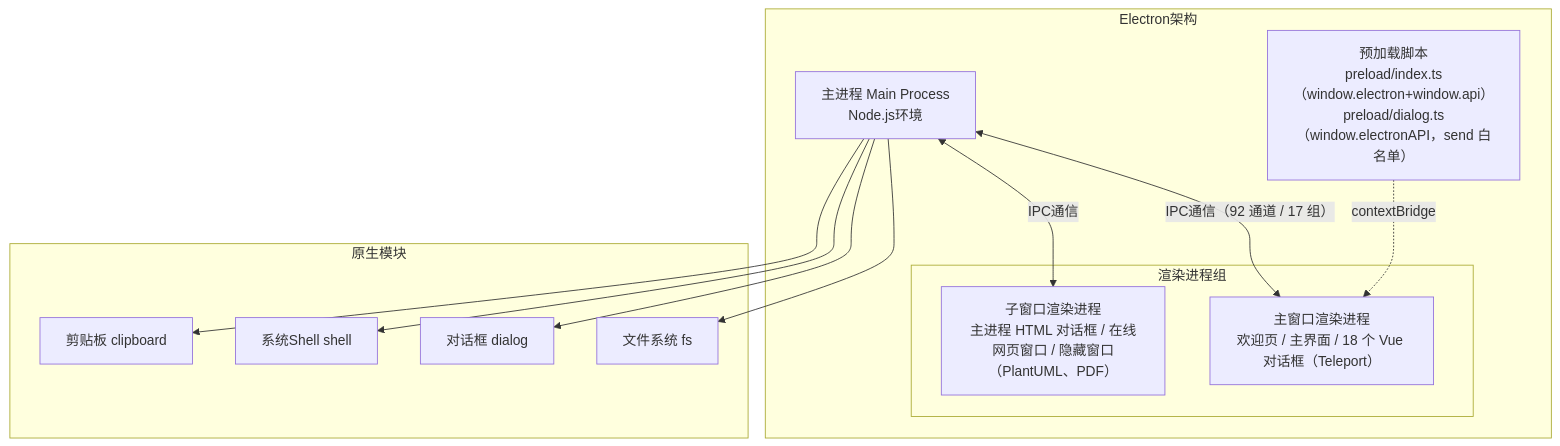
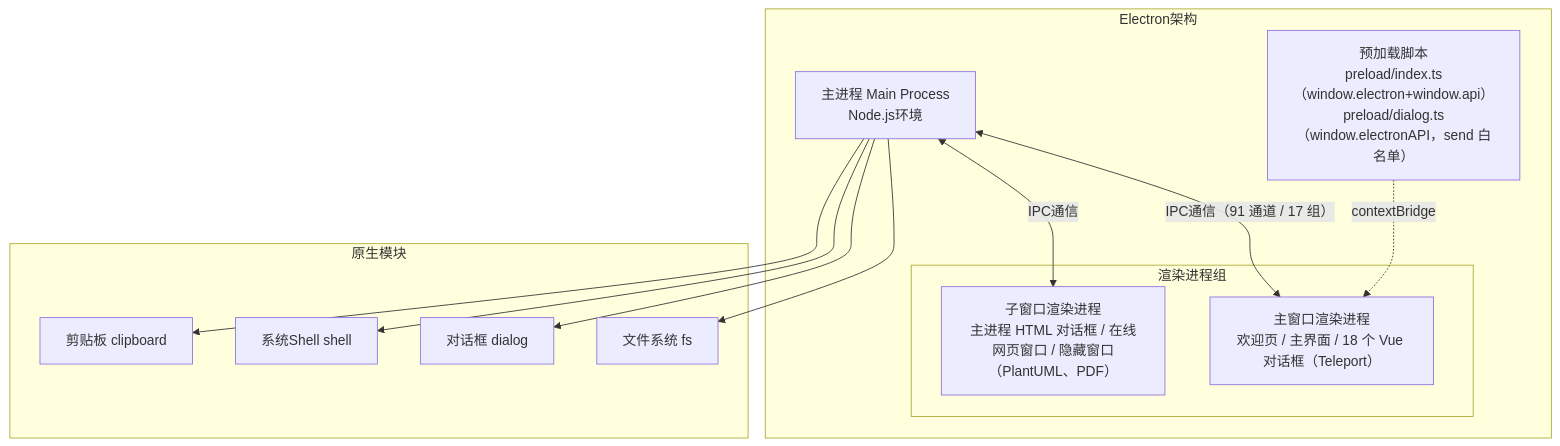
Before and after one commit to hemy08/BaiZeNotesByVue: the sixth of 34 diagrams in docs/wiki/02-设计与架构/架构文档.md, drawn with Mermaid. The commit also changed other lines of this file and 15 other files, not shown here.

````diff
--- a/docs/wiki/02-设计与架构/架构文档.md
+++ b/docs/wiki/02-设计与架构/架构文档.md
@@ -336,29 +336,29 @@
 ```mermaid
 graph TB
     subgraph Electron架构
         MAIN[主进程 Main Process<br/>Node.js环境]
         
         subgraph 渲染进程组
             RENDERER[主窗口渲染进程<br/>欢迎页 / 主界面 / 18 个 Vue 对话框（Teleport）]
             RENDERER2[子窗口渲染进程<br/>主进程 HTML 对话框 / 在线网页窗口 / 隐藏窗口（PlantUML、PDF）]
         end
         
         PRELOAD[预加载脚本<br/>preload/index.ts（window.electron+window.api）<br/>preload/dialog.ts（window.electronAPI，send 白名单）]
         
-        MAIN <-->|IPC通信（92 通道 / 17 组）| RENDERER
+        MAIN <-->|IPC通信（91 通道 / 17 组）| RENDERER
         MAIN <-->|IPC通信| RENDERER2
         PRELOAD -.->|contextBridge| RENDERER
     end
     
     subgraph 原生模块
         FS[文件系统 fs]
         DIALOG[对话框 dialog]
         SHELL[系统Shell shell]
         CLIPBOARD[剪贴板 clipboard]
     end
     
     MAIN --> FS
     MAIN --> DIALOG
     MAIN --> SHELL
     MAIN --> CLIPBOARD
 ```
````
